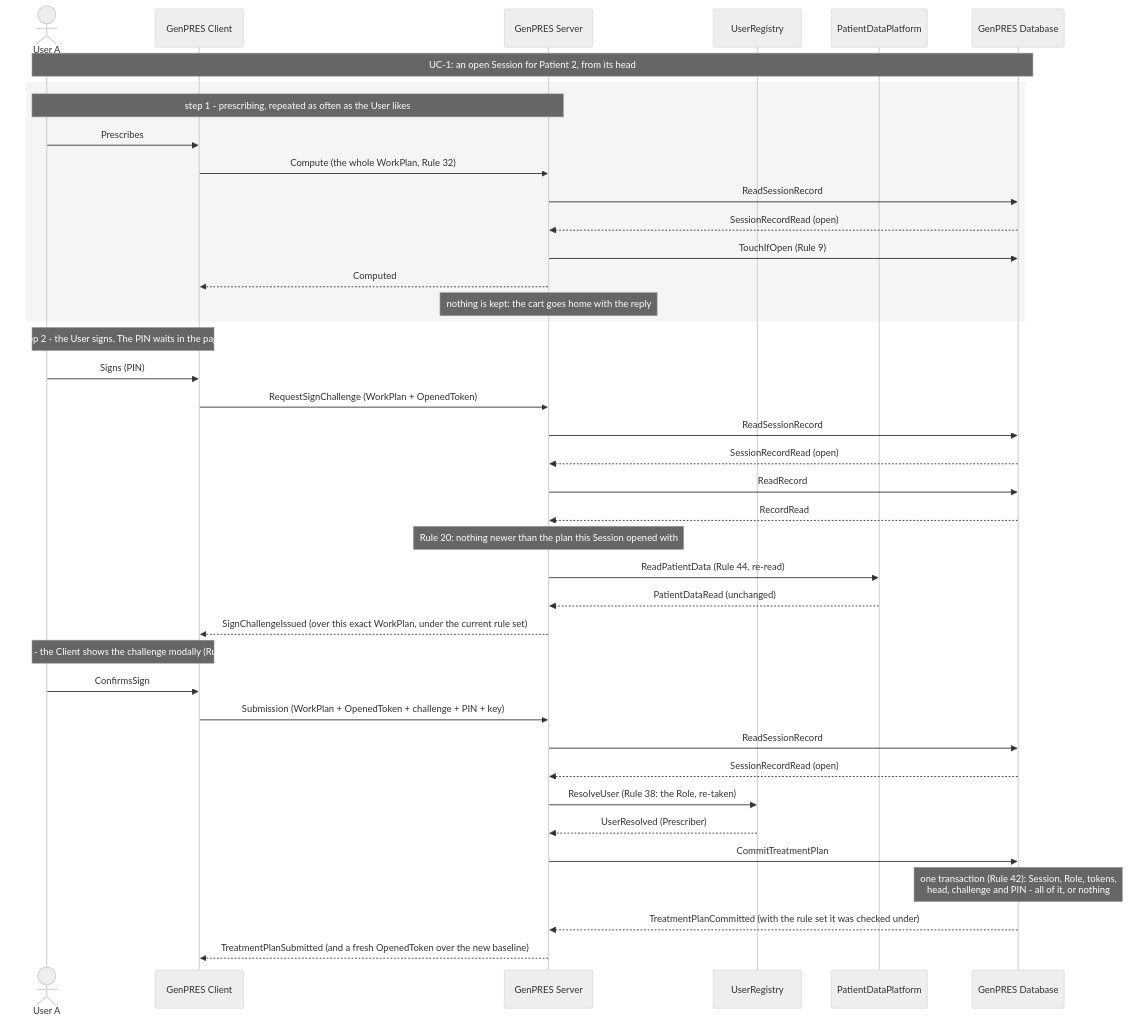
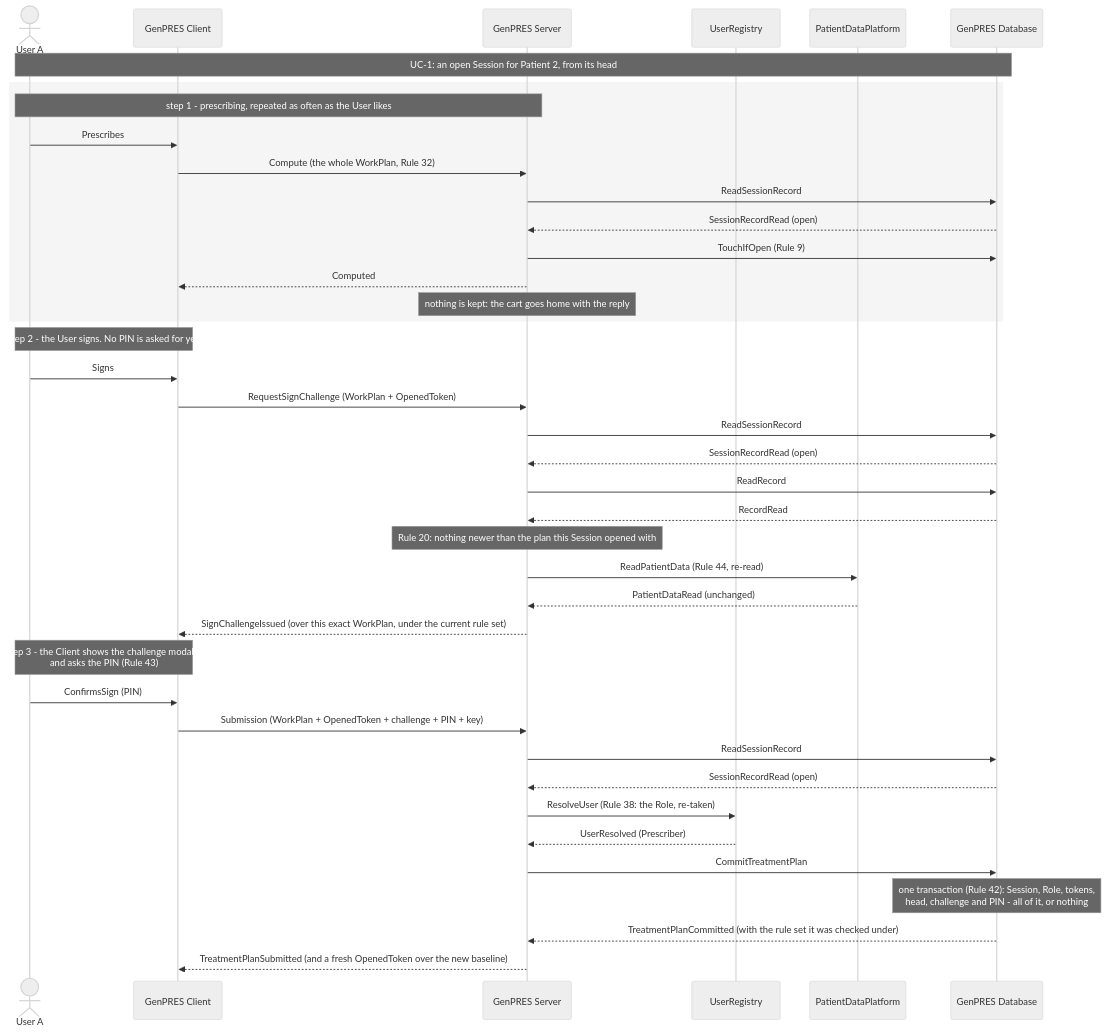
The first of 2 diagrams in docs/scenarios/integration/uc-03-prescribe-and-sign.md (informedica/GenPRES), drawn with Mermaid (neutral theme) before and after one commit. The commit also changed other lines of this file and 11 other files, not shown here.

Commit message:
chore: clean up old docs and add integration doc, fix number of sequence diagrams

````diff
--- a/docs/scenarios/integration/uc-03-prescribe-and-sign.md
+++ b/docs/scenarios/integration/uc-03-prescribe-and-sign.md
@@ -10,46 +10,46 @@
 ```mermaid
 sequenceDiagram
     actor U as User A
     participant C as GenPRES Client
     participant S as GenPRES Server
     participant R as UserRegistry
     participant P as PatientDataPlatform
     participant D as GenPRES Database
 
     Note over U,D: UC-1: an open Session for Patient 2, from its head
 
     rect rgb(245,245,245)
     Note over U,S: step 1 - prescribing, repeated as often as the User likes
     U->>C: Prescribes
     C->>S: Compute (the whole WorkPlan, Rule 32)
     S->>D: ReadSessionRecord
     D-->>S: SessionRecordRead (open)
     S->>D: TouchIfOpen (Rule 9)
     S-->>C: Computed
     Note over S: nothing is kept: the cart goes home with the reply
     end
 
-    Note over U,C: step 2 - the User signs. The PIN waits in the page.
-    U->>C: Signs (PIN)
+    Note over U,C: step 2 - the User signs. No PIN is asked for yet.
+    U->>C: Signs
     C->>S: RequestSignChallenge (WorkPlan + OpenedToken)
     S->>D: ReadSessionRecord
     D-->>S: SessionRecordRead (open)
     S->>D: ReadRecord
     D-->>S: RecordRead
     Note over S: Rule 20: nothing newer than the plan this Session opened with
     S->>P: ReadPatientData (Rule 44, re-read)
     P-->>S: PatientDataRead (unchanged)
     S-->>C: SignChallengeIssued (over this exact WorkPlan, under the current rule set)
 
-    Note over U,C: step 3 - the Client shows the challenge modally (Rule 43)
-    U->>C: ConfirmsSign
+    Note over U,C: step 3 - the Client shows the challenge modally,<br/>and asks the PIN (Rule 43)
+    U->>C: ConfirmsSign (PIN)
     C->>S: Submission (WorkPlan + OpenedToken + challenge + PIN + key)
     S->>D: ReadSessionRecord
     D-->>S: SessionRecordRead (open)
     S->>R: ResolveUser (Rule 38: the Role, re-taken)
     R-->>S: UserResolved (Prescriber)
     S->>D: CommitTreatmentPlan
     Note over D: one transaction (Rule 42): Session, Role, tokens,<br/>head, challenge and PIN - all of it, or nothing
     D-->>S: TreatmentPlanCommitted (with the rule set it was checked under)
     S-->>C: TreatmentPlanSubmitted (and a fresh OpenedToken over the new baseline)
 ```
````
